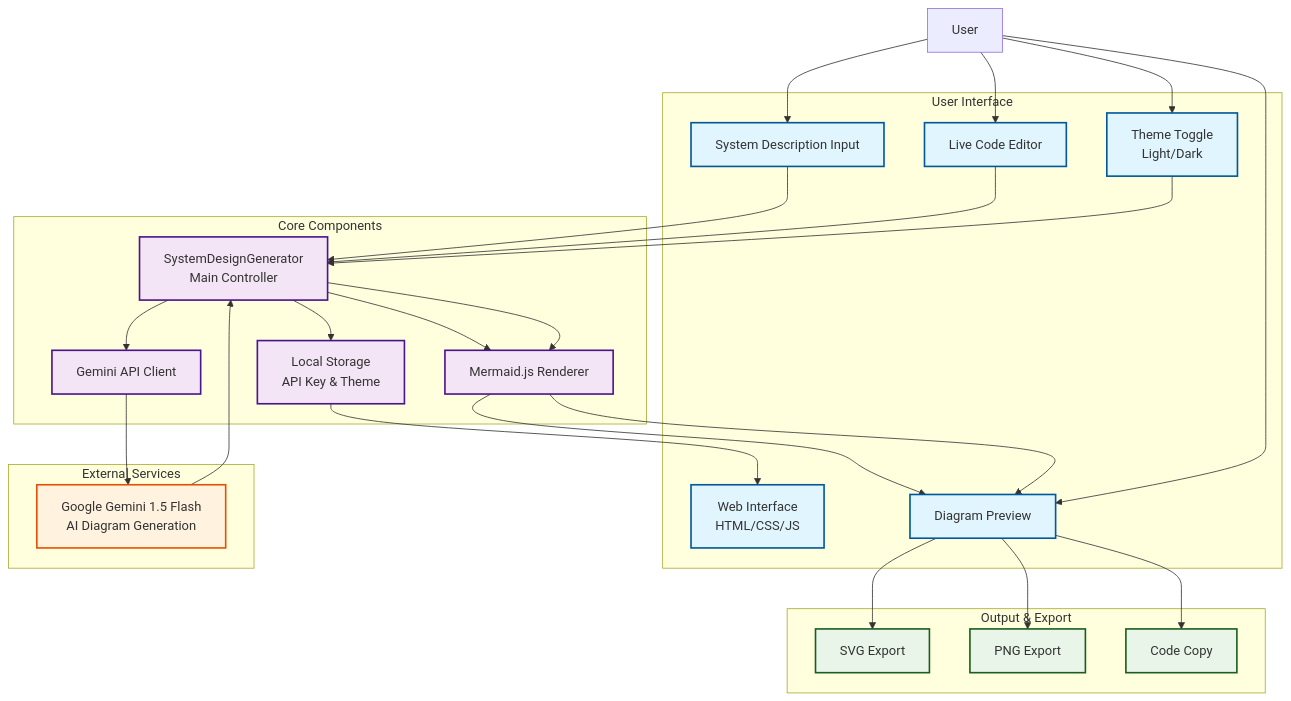
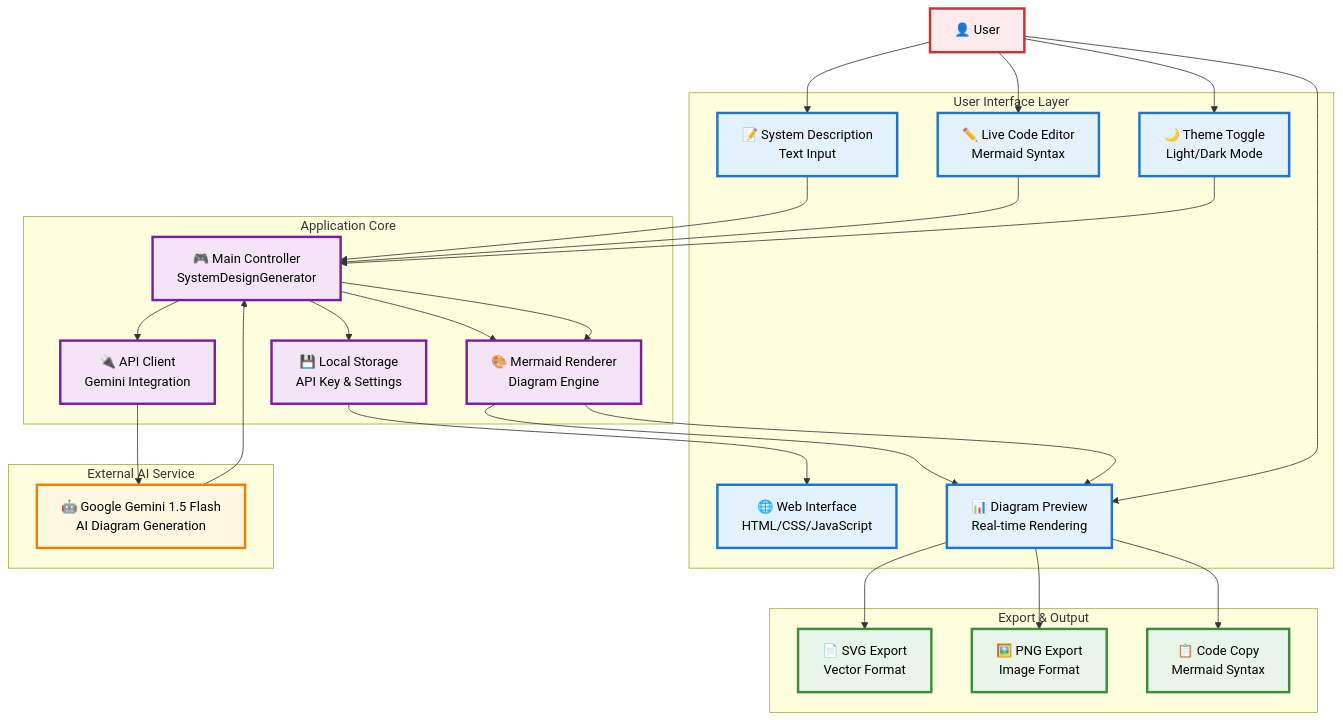
The diagram in README.md (sanketmuchhala/AI-System-Design-Generator), drawn with Mermaid before and after one commit.

````diff
--- a/README.md
+++ b/README.md
@@ -23,65 +23,67 @@
 ```mermaid
 graph TB
-    subgraph "User Interface"
-        UI[Web Interface<br/>HTML/CSS/JS]
-        Input[System Description Input]
-        CodeEditor[Live Code Editor]
-        DiagramDisplay[Diagram Preview]
-        ThemeToggle[Theme Toggle<br/>Light/Dark]
+    subgraph "User Interface Layer"
+        UI["🌐 Web Interface<br/>HTML/CSS/JavaScript"]
+        Input["📝 System Description<br/>Text Input"]
+        CodeEditor["✏️ Live Code Editor<br/>Mermaid Syntax"]
+        DiagramDisplay["📊 Diagram Preview<br/>Real-time Rendering"]
+        ThemeToggle["🌙 Theme Toggle<br/>Light/Dark Mode"]
     end
     
-    subgraph "Core Components"
-        App[SystemDesignGenerator<br/>Main Controller]
-        API[Gemini API Client]
-        Mermaid[Mermaid.js Renderer]
-        Storage[Local Storage<br/>API Key & Theme]
+    subgraph "Application Core"
+        App["🎮 Main Controller<br/>SystemDesignGenerator"]
+        API["🔌 API Client<br/>Gemini Integration"]
+        Mermaid["🎨 Mermaid Renderer<br/>Diagram Engine"]
+        Storage["💾 Local Storage<br/>API Key & Settings"]
     end
     
-    subgraph "External Services"
-        Gemini[Google Gemini 1.5 Flash<br/>AI Diagram Generation]
+    subgraph "External AI Service"
+        Gemini["🤖 Google Gemini 1.5 Flash<br/>AI Diagram Generation"]
     end
     
-    subgraph "Output & Export"
-        SVG[SVG Export]
-        PNG[PNG Export]
-        CodeCopy[Code Copy]
+    subgraph "Export & Output"
+        SVG["📄 SVG Export<br/>Vector Format"]
+        PNG["🖼️ PNG Export<br/>Image Format"]
+        CodeCopy["📋 Code Copy<br/>Mermaid Syntax"]
     end
     
-    %% User Flow
-    User[User] --> Input
+    %% Main User Flow
+    User["👤 User"] --> Input
     Input --> App
     App --> API
     API --> Gemini
     Gemini --> App
     App --> Mermaid
     Mermaid --> DiagramDisplay
     
     %% Code Editing Flow
     User --> CodeEditor
     CodeEditor --> App
     App --> Mermaid
     Mermaid --> DiagramDisplay
     
-    %% Theme & Storage
+    %% Theme Management
     User --> ThemeToggle
     ThemeToggle --> App
     App --> Storage
     Storage --> UI
     
-    %% Export Flow
+    %% Export Options
     User --> DiagramDisplay
     DiagramDisplay --> SVG
     DiagramDisplay --> PNG
     DiagramDisplay --> CodeCopy
     
-    %% Styling
-    classDef userInterface fill:#e1f5fe,stroke:#01579b,stroke-width:2px
-    classDef coreComponents fill:#f3e5f5,stroke:#4a148c,stroke-width:2px
-    classDef externalServices fill:#fff3e0,stroke:#e65100,stroke-width:2px
-    classDef outputExport fill:#e8f5e8,stroke:#1b5e20,stroke-width:2px
+    %% Enhanced Styling
+    classDef userInterface fill:#e3f2fd,stroke:#1976d2,stroke-width:3px,color:#000
+    classDef coreComponents fill:#f3e5f5,stroke:#7b1fa2,stroke-width:3px,color:#000
+    classDef externalServices fill:#fff8e1,stroke:#f57c00,stroke-width:3px,color:#000
+    classDef outputExport fill:#e8f5e8,stroke:#388e3c,stroke-width:3px,color:#000
+    classDef userNode fill:#ffebee,stroke:#d32f2f,stroke-width:3px,color:#000
     
     class UI,Input,CodeEditor,DiagramDisplay,ThemeToggle userInterface
     class App,API,Mermaid,Storage coreComponents
     class Gemini externalServices
     class SVG,PNG,CodeCopy outputExport
+    class User userNode
 ```
````
